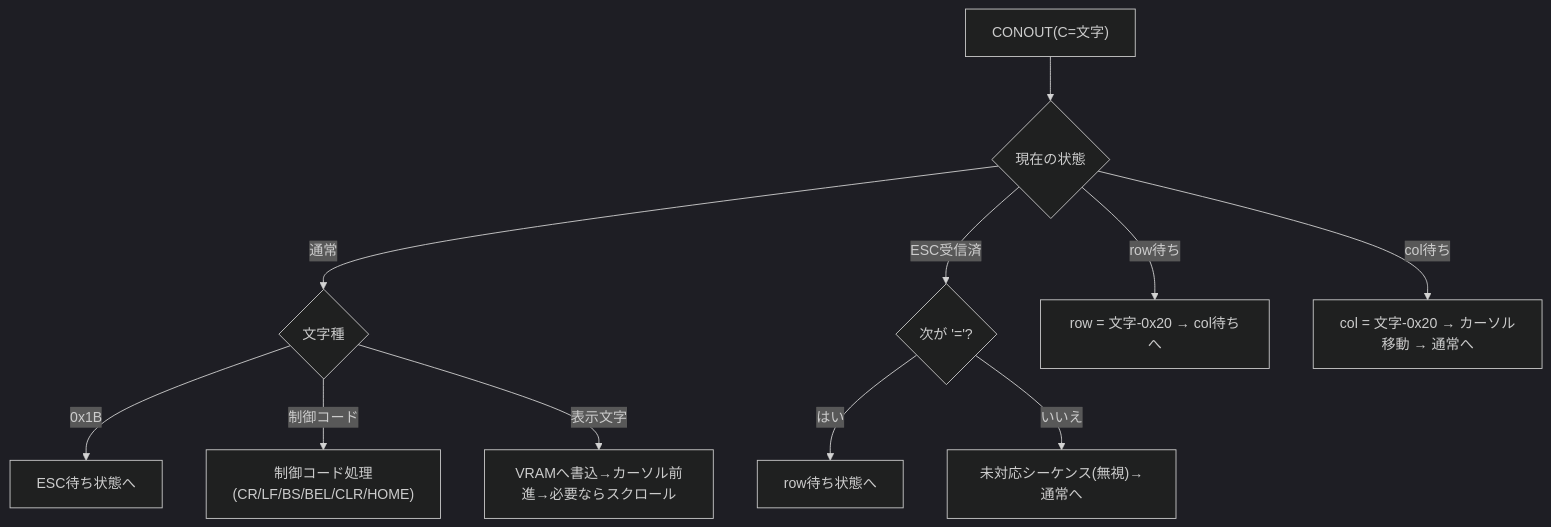
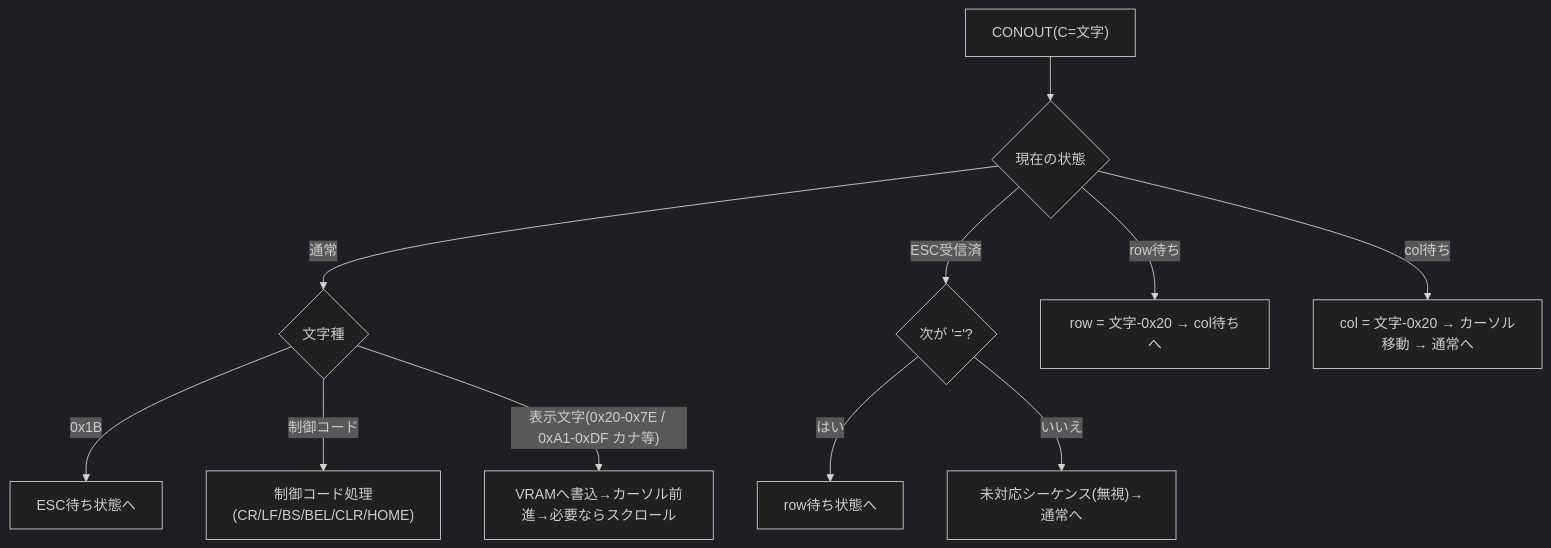
One commit to kuninet/pc8001-cpm changed the diagram in doc/設計/04_コンソール.md. Above: the diagram before and after it, drawn with Mermaid (dark theme). The commit also changed other lines of this file, not shown here.

````diff
--- a/doc/設計/04_コンソール.md
+++ b/doc/設計/04_コンソール.md
@@ -87,13 +101,13 @@
 ```mermaid
 flowchart TD
     IN["CONOUT(C=文字)"] --> ST{現在の状態}
     ST -->|通常| CK{文字種}
     CK -->|0x1B| E1["ESC待ち状態へ"]
     CK -->|制御コード| CTL["制御コード処理(CR/LF/BS/BEL/CLR/HOME)"]
-    CK -->|表示文字| PUT["VRAMへ書込→カーソル前進→必要ならスクロール"]
+    CK -->|"表示文字(0x20-0x7E / 0xA1-0xDF カナ等)"| PUT["VRAMへ書込→カーソル前進→必要ならスクロール"]
     ST -->|ESC受信済| E2{次が '='?}
     E2 -->|はい| ROW["row待ち状態へ"]
     E2 -->|いいえ| DROP["未対応シーケンス(無視)→通常へ"]
     ST -->|row待ち| RV["row = 文字-0x20 → col待ちへ"]
     ST -->|col待ち| CV["col = 文字-0x20 → カーソル移動 → 通常へ"]
 ```
````
